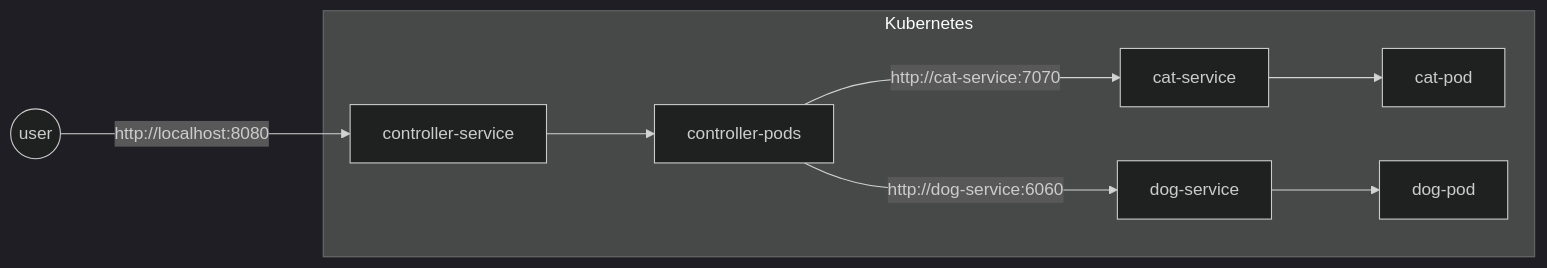
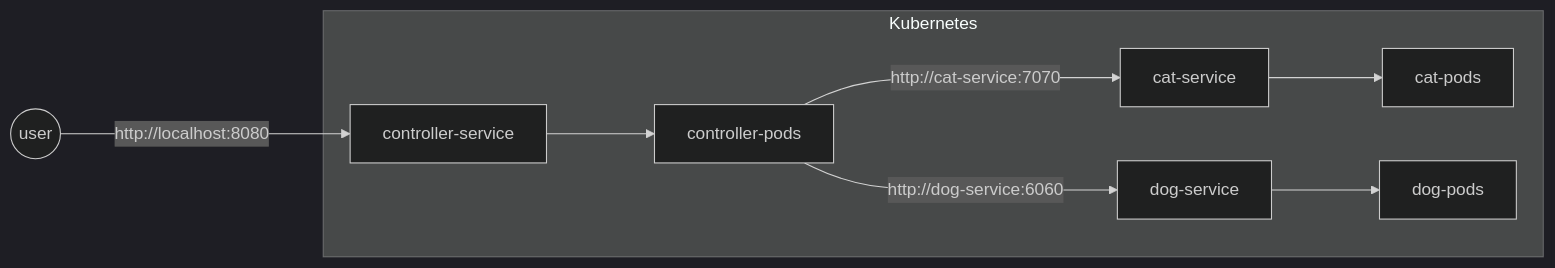
The diagram in README.md (Villiamfj/Kubernetes-Cat-Dog-Example), drawn with Mermaid (dark theme) before and after one commit. The commit also changed other lines of this file, not shown here.

Commit message:
The setup

````diff
--- a/README.md
+++ b/README.md
@@ -8,11 +8,11 @@
 ```mermaid
 graph LR;
     a((user))--http://localhost:8080 ---> controller-service
     subgraph Kubernetes
-    cat-service ---> cat-pod
-    dog-service ---> dog-pod
+    cat-service ---> cat-pods
+    dog-service ---> dog-pods
     controller-service ---> controller-pods
     controller-pods--http://cat-service:7070 ---> cat-service
     controller-pods--http://dog-service:6060 ---> dog-service
     end
 ```
````
